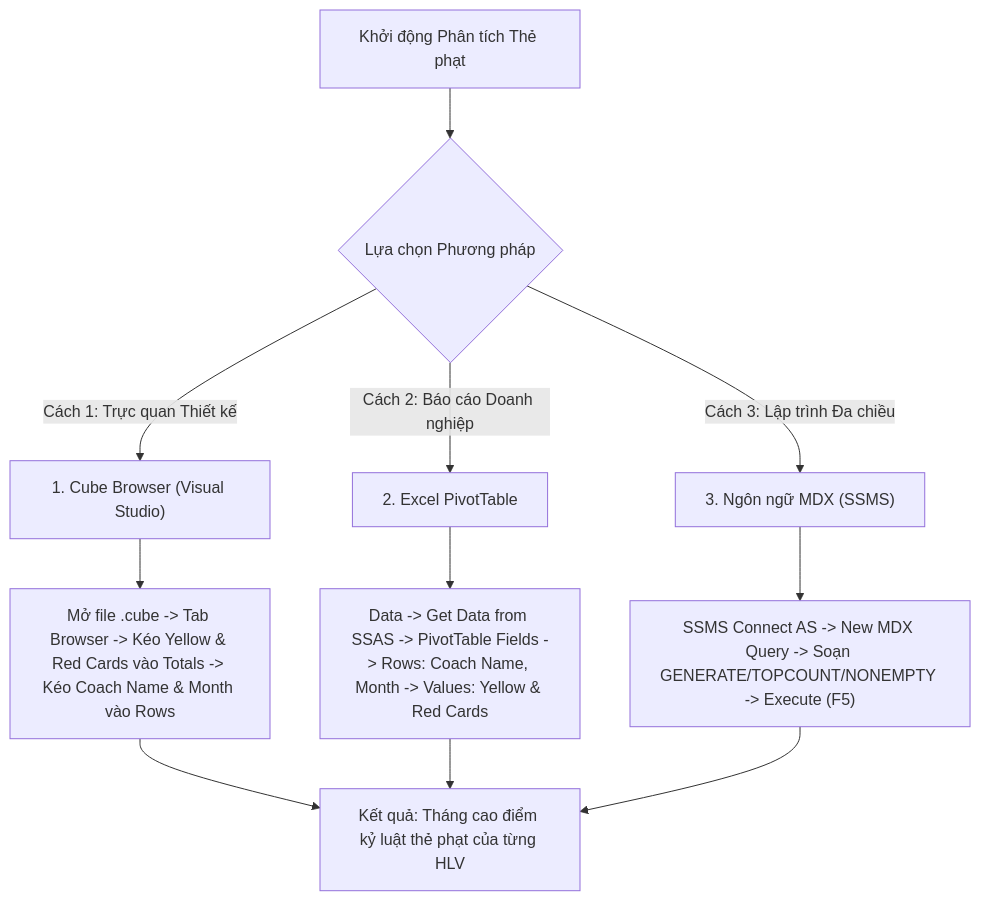
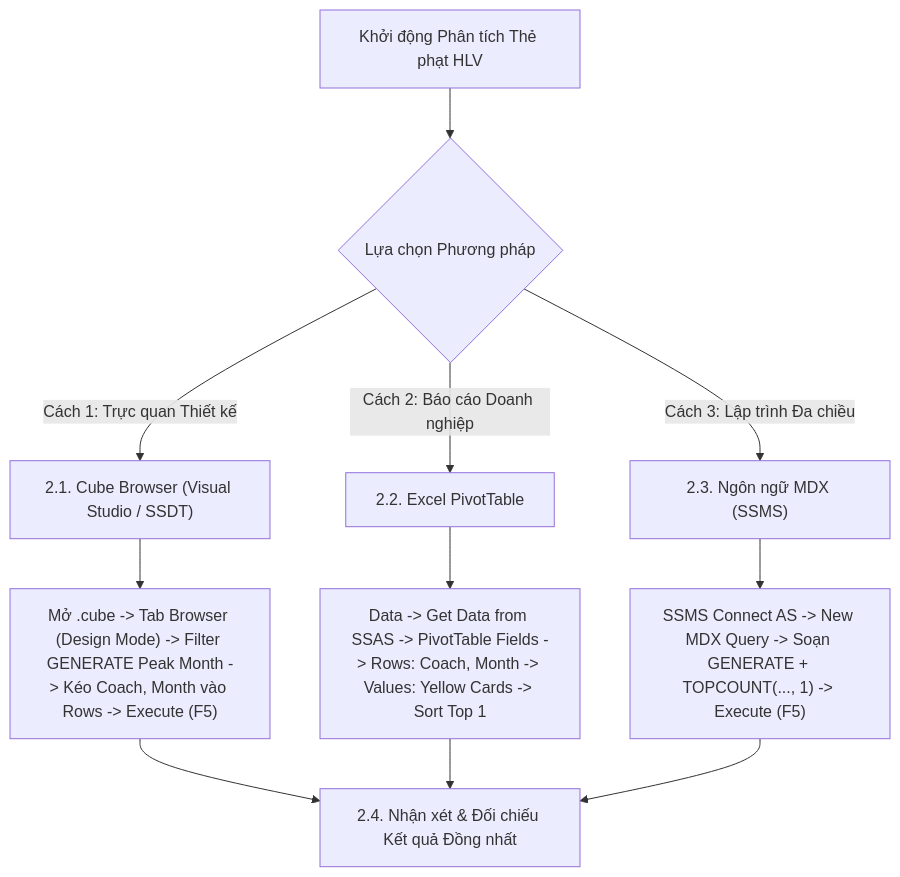
One commit to snowflake-vibing/Kho_du_lieu_OLAP changed the diagram in mdx/query_12.md. Above: the diagram before and after it, drawn with Mermaid. The commit also changed other lines of this file and 9 other files, not shown here.

Commit message:
docs(mdx): dong bo quy trinh 3 phuong phap va bang doi chieu cho query 06 den 15

````diff
--- a/mdx/query_12.md
+++ b/mdx/query_12.md
@@ -37,16 +51,16 @@
 ```mermaid
 flowchart TD
-    Start["Khởi động Phân tích Thẻ phạt"] --> Choice{"Lựa chọn Phương pháp"}
+    Start["Khởi động Phân tích Thẻ phạt HLV"] --> Choice{"Lựa chọn Phương pháp"}
 
-    Choice -->|"Cách 1: Trực quan Thiết kế"| CB["1. Cube Browser (Visual Studio)"]
-    Choice -->|"Cách 2: Báo cáo Doanh nghiệp"| Excel["2. Excel PivotTable"]
-    Choice -->|"Cách 3: Lập trình Đa chiều"| MDX["3. Ngôn ngữ MDX (SSMS)"]
+    Choice -->|"Cách 1: Trực quan Thiết kế"| CB["2.1. Cube Browser (Visual Studio / SSDT)"]
+    Choice -->|"Cách 2: Báo cáo Doanh nghiệp"| Excel["2.2. Excel PivotTable"]
+    Choice -->|"Cách 3: Lập trình Đa chiều"| MDX["2.3. Ngôn ngữ MDX (SSMS)"]
 
-    CB --> CB_Step["Mở file .cube -> Tab Browser -> Kéo Yellow & Red Cards vào Totals -> Kéo Coach Name & Month vào Rows"]
-    Excel --> Excel_Step["Data -> Get Data from SSAS -> PivotTable Fields -> Rows: Coach Name, Month -> Values: Yellow & Red Cards"]
-    MDX --> MDX_Step["SSMS Connect AS -> New MDX Query -> Soạn GENERATE/TOPCOUNT/NONEMPTY -> Execute (F5)"]
+    CB --> CB_Step["Mở .cube -> Tab Browser (Design Mode) -> Filter GENERATE Peak Month -> Kéo Coach, Month vào Rows -> Execute (F5)"]
+    Excel --> Excel_Step["Data -> Get Data from SSAS -> PivotTable Fields -> Rows: Coach, Month -> Values: Yellow Cards -> Sort Top 1"]
+    MDX --> MDX_Step["SSMS Connect AS -> New MDX Query -> Soạn GENERATE + TOPCOUNT(..., 1) -> Execute (F5)"]
 
-    CB_Step --> Finish["Kết quả: Tháng cao điểm kỷ luật thẻ phạt của từng HLV"]
+    CB_Step --> Finish["2.4. Nhận xét & Đối chiếu Kết quả Đồng nhất"]
     Excel_Step --> Finish
     MDX_Step --> Finish
 ```
````
